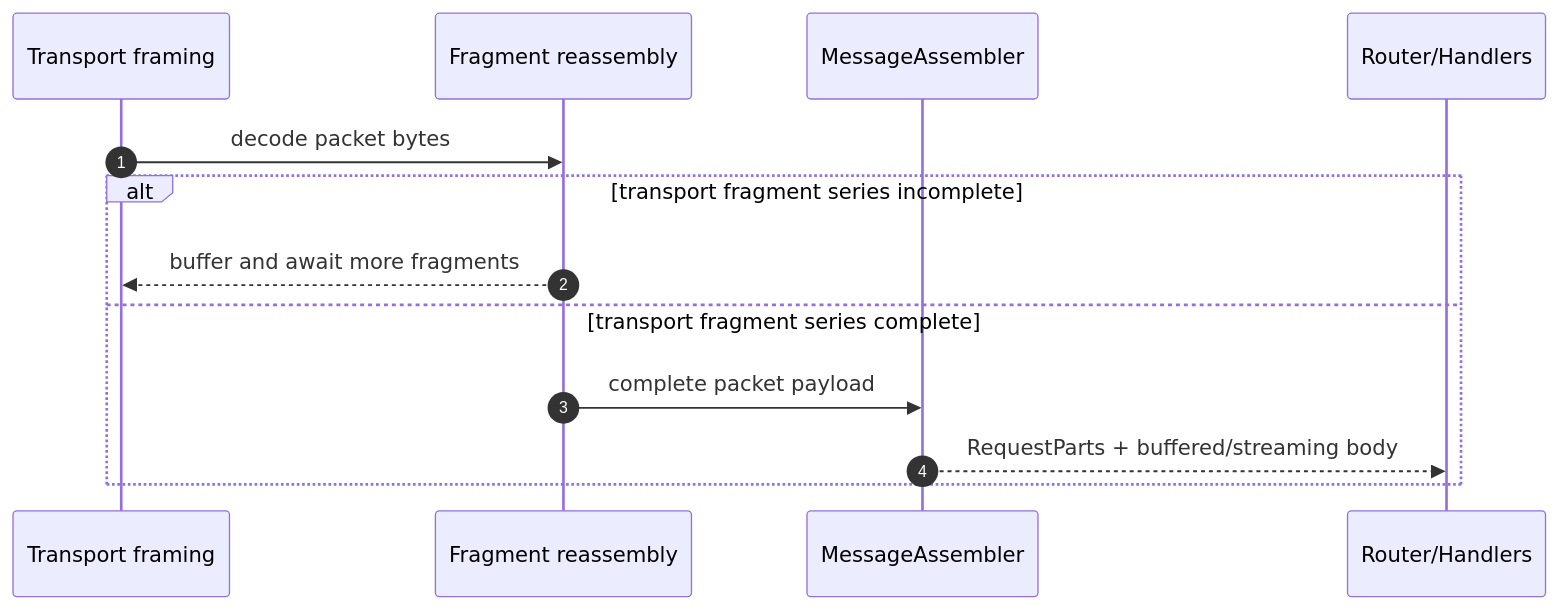
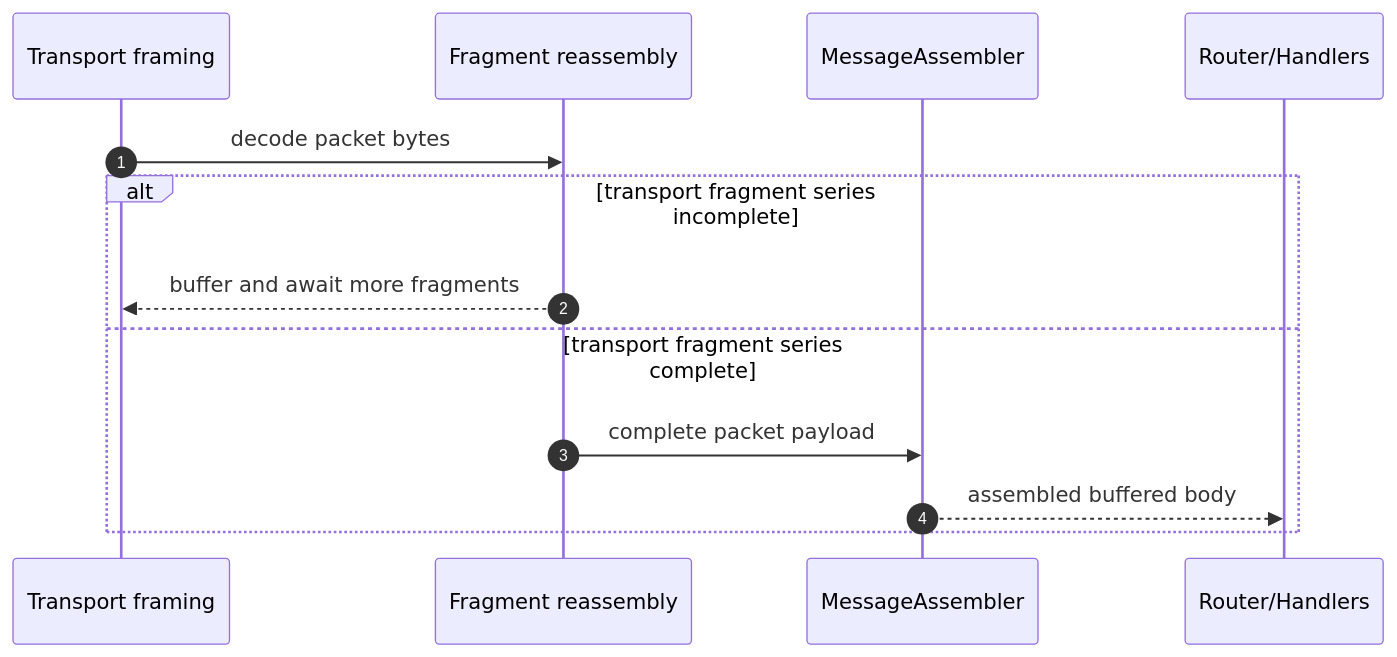
The diagram in docs/generic-message-fragmentation-and-re-assembly-design.md (leynos/wireframe), drawn with Mermaid before and after one commit. The commit also changed other lines of this file and 2 other files, not shown here.

First line of the commit message:
Clarify removed streaming shapes and channel limits (#877)

````diff
--- a/docs/generic-message-fragmentation-and-re-assembly-design.md
+++ b/docs/generic-message-fragmentation-and-re-assembly-design.md
@@ -456,16 +455,16 @@
 ```mermaid
 sequenceDiagram
   autonumber
   participant Transport as Transport framing
   participant Frag as Fragment reassembly
   participant Asm as MessageAssembler
   participant Handler as Router/Handlers
 
   Transport->>Frag: decode packet bytes
   alt transport fragment series incomplete
     Frag-->>Transport: buffer and await more fragments
   else transport fragment series complete
     Frag->>Asm: complete packet payload
-    Asm-->>Handler: RequestParts + buffered/streaming body
+    Asm-->>Handler: assembled buffered body
   end
 ```
````
